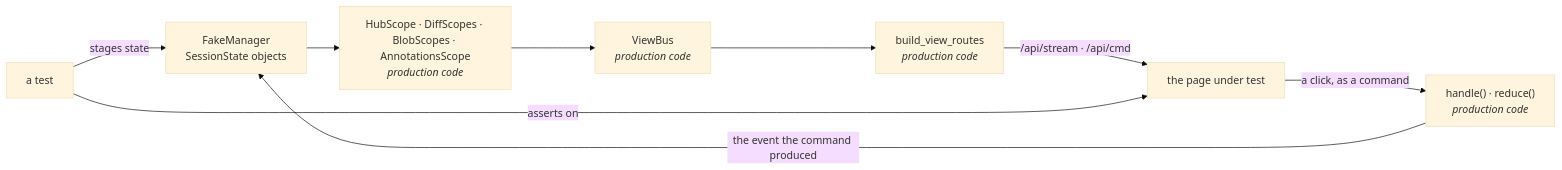
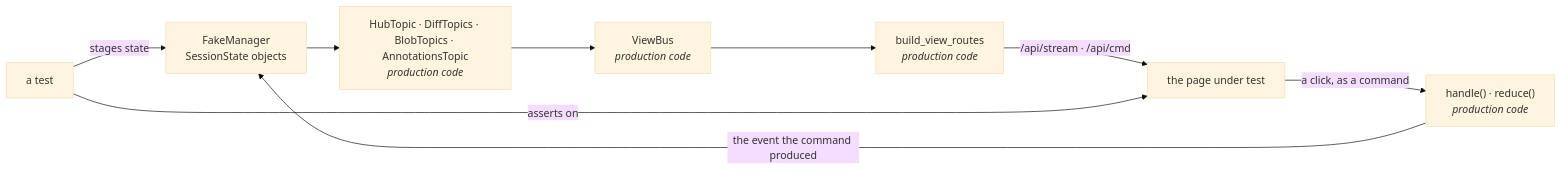
The diagram in docs/testing/web-ui.md (Joacchim/review-mate-prototype), drawn with Mermaid (base theme) before and after one commit. The commit also changed other lines of this file and 57 other files, not shown here.

````diff
--- a/docs/testing/web-ui.md
+++ b/docs/testing/web-ui.md
@@ -40,11 +40,11 @@
 ```mermaid
 flowchart LR
     T["a test"] -->|stages state| F["FakeManager<br/>SessionState objects"]
-    F --> S["HubScope · DiffScopes · BlobScopes · AnnotationsScope<br/><i>production code</i>"]
+    F --> S["HubTopic · DiffTopics · BlobTopics · AnnotationsTopic<br/><i>production code</i>"]
     S --> B["ViewBus<br/><i>production code</i>"]
     B --> R["build_view_routes<br/><i>production code</i>"]
     R -->|"/api/stream · /api/cmd"| P["the page under test"]
     P -->|"a click, as a command"| C["handle() · reduce()<br/><i>production code</i>"]
     C -->|"the event the command produced"| F
     T -->|asserts on| P
 ```
````
